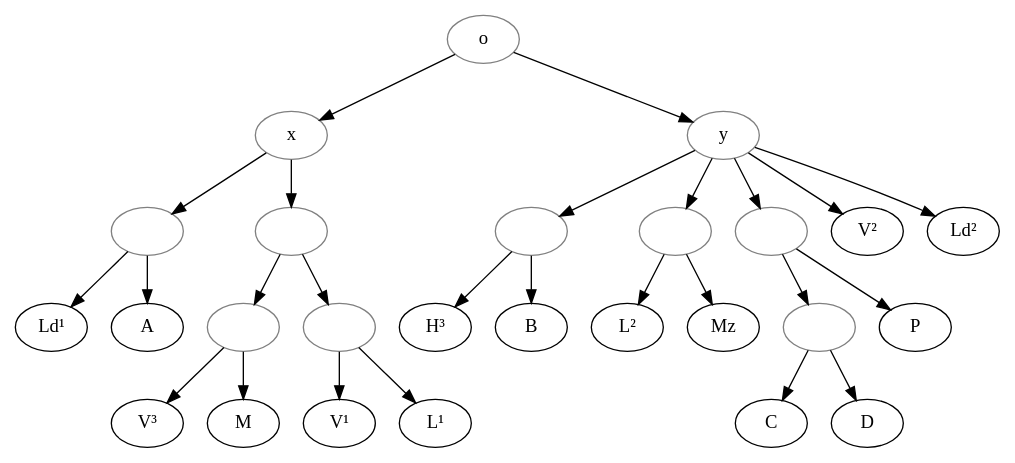
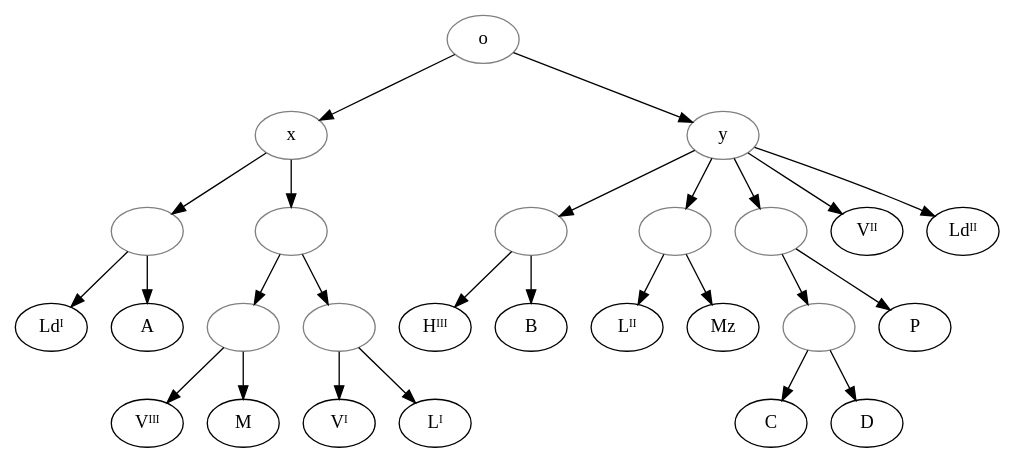
Before and after one commit to OpenStemmata/database: the diagram in data/fro/Korte_1914_RenMont5/stemma.gv, drawn with Graphviz. The commit also changed 5 other files, not shown here.

```diff
--- a/data/fro/Korte_1914_RenMont5/stemma.gv
+++ b/data/fro/Korte_1914_RenMont5/stemma.gv
@@ -1,49 +1,49 @@
 digraph {
 
     o[color="grey"];
     x[color="grey"];
     y[color="grey"];
     1[color="grey", label=""];
     2[color="grey", label=""];
     3[color="grey", label=""];
     4[color="grey", label=""];
     5[color="grey", label=""];
     6[color="grey", label=""];
     7[color="grey", label=""];
     8[color="grey", label=""];
-    H3[label="H³"];
-    V1[label="V¹"];
-    V2[label="V²"];
-    V3[label="V³"];
-    L1[label="L¹"];
-    L2[label="L²"];
-    Ld1[label="Ld¹"];
-    Ld2[label="Ld²"];
+    H3[label="Hᴵᴵᴵ"];
+    V1[label="Vᴵ"];
+    V2[label="Vᴵᴵ"];
+    V3[label="Vᴵᴵᴵ"];
+    L1[label="Lᴵ"];
+    L2[label="Lᴵᴵ"];
+    Ld1[label="Ldᴵ"];
+    Ld2[label="Ldᴵᴵ"];
 
     o->y;
     y->1;
     1->H3;
     1->B;
     y->2;
     2->L2;
     2->Mz;
     y->V2;
     y->Ld2;
     y->3;
     3->P;
     3->4;
     4->C;
     4->D;
     o->x;
     x->5;
     5->Ld1;
     5->A;
     x->6;
     6->7;
     7->M;
     7->V3;
     6->8;
     8->L1;
     8->V1;
     
 }
```
